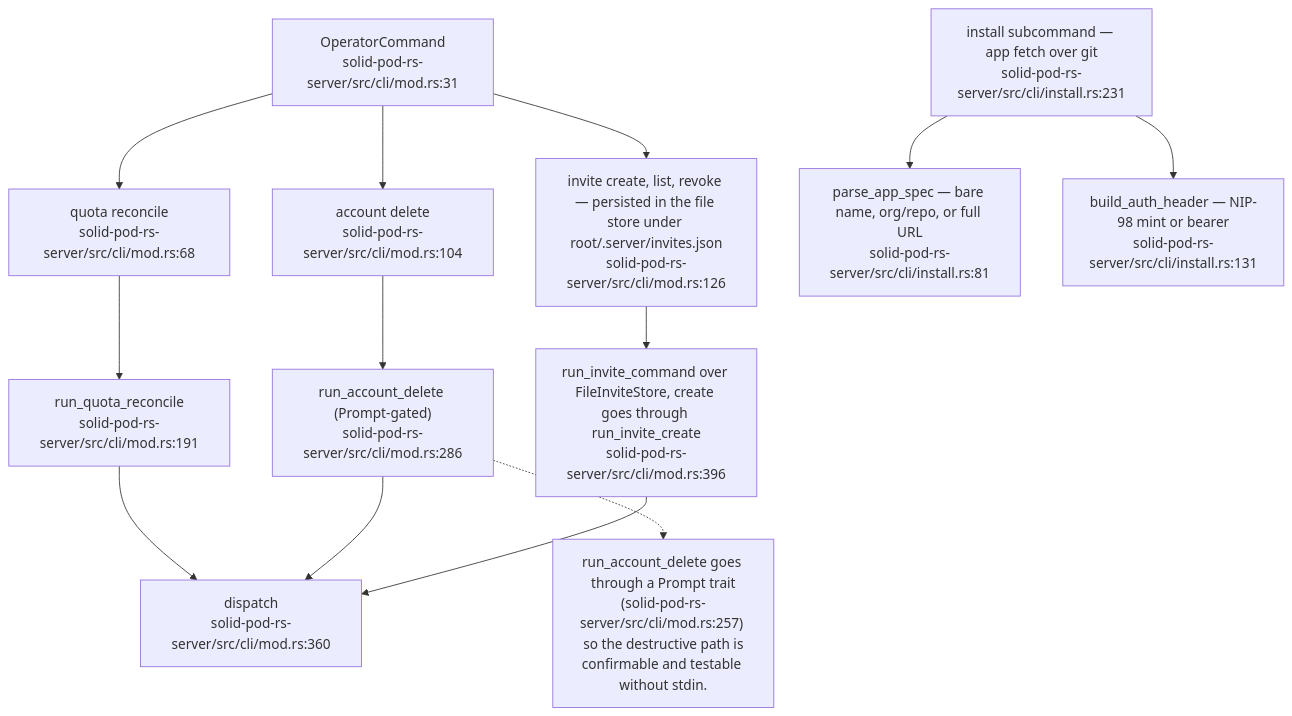
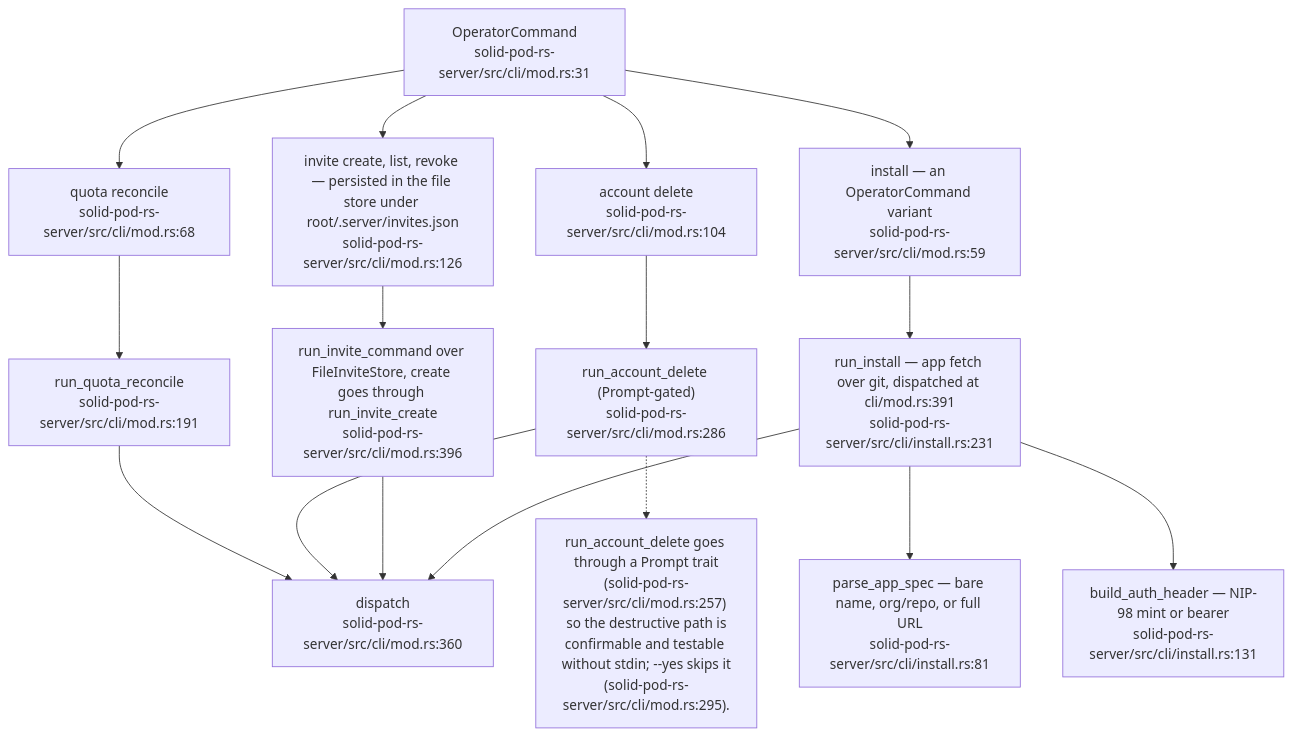
Diagram 11 of 11 in docs/diagrams/solid-pod-rs/02-server-boot-and-routes.md (DreamLab-AI/VisionFlow), drawn with Mermaid before and after one commit. The commit also changed other lines of this file and 47 other files, not shown here.

````diff
--- a/docs/diagrams/solid-pod-rs/02-server-boot-and-routes.md
+++ b/docs/diagrams/solid-pod-rs/02-server-boot-and-routes.md
@@ -309,27 +322,31 @@
 ```mermaid
 flowchart TD
     OP["OperatorCommand<br/>solid-pod-rs-server/src/cli/mod.rs:31"]
     Q["quota reconcile<br/>solid-pod-rs-server/src/cli/mod.rs:68"]
     A["account delete<br/>solid-pod-rs-server/src/cli/mod.rs:104"]
     I["invite create, list, revoke — persisted in the file store under root/.server/invites.json<br/>solid-pod-rs-server/src/cli/mod.rs:126"]
     D["dispatch<br/>solid-pod-rs-server/src/cli/mod.rs:360"]
 
     OP --> Q
     OP --> A
     OP --> I
     Q --> RQ["run_quota_reconcile<br/>solid-pod-rs-server/src/cli/mod.rs:191"]
     A --> RA["run_account_delete (Prompt-gated)<br/>solid-pod-rs-server/src/cli/mod.rs:286"]
     I --> RI["run_invite_command over FileInviteStore, create goes through run_invite_create<br/>solid-pod-rs-server/src/cli/mod.rs:396"]
     RQ --> D
     RA --> D
     RI --> D
 
-    INS["install subcommand — app fetch over git<br/>solid-pod-rs-server/src/cli/install.rs:231"]
+    IV["install — an OperatorCommand variant<br/>solid-pod-rs-server/src/cli/mod.rs:59"]
+    INS["run_install — app fetch over git, dispatched at cli/mod.rs:391<br/>solid-pod-rs-server/src/cli/install.rs:231"]
+    OP --> IV
+    IV --> INS
+    INS --> D
     SPEC["parse_app_spec — bare name, org/repo, or full URL<br/>solid-pod-rs-server/src/cli/install.rs:81"]
     AUTH["build_auth_header — NIP-98 mint or bearer<br/>solid-pod-rs-server/src/cli/install.rs:131"]
     INS --> SPEC
     INS --> AUTH
 
-    N["run_account_delete goes through a Prompt trait\n(solid-pod-rs-server/src/cli/mod.rs:257) so the destructive path is\nconfirmable and testable without stdin."]
+    N["run_account_delete goes through a Prompt trait\n(solid-pod-rs-server/src/cli/mod.rs:257) so the destructive path is\nconfirmable and testable without stdin; --yes skips it\n(solid-pod-rs-server/src/cli/mod.rs:295)."]
     RA -.-> N
 ```
````
